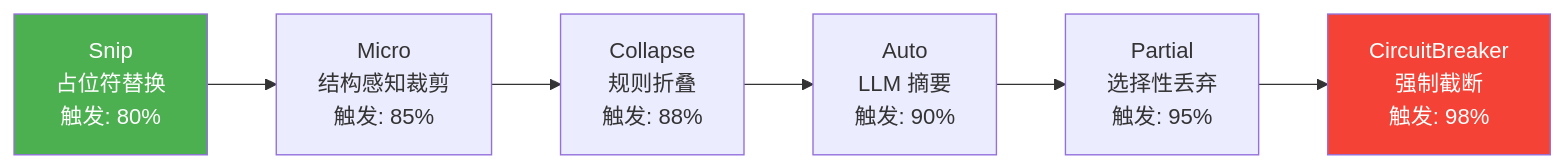
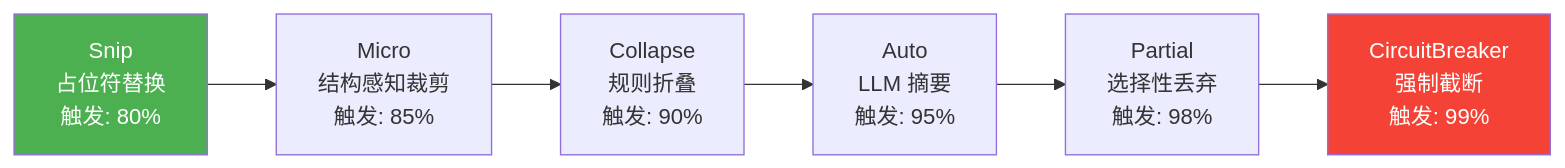
Before and after one commit to CaptainGreenskin/kairo: the second of 2 diagrams in docs/zh/ata/02-context-memory.md, drawn with Mermaid. The commit also changed other lines of this file and 8 other files, not shown here.

````diff
--- a/docs/zh/ata/02-context-memory.md
+++ b/docs/zh/ata/02-context-memory.md
@@ -104,11 +104,11 @@
 ```mermaid
 flowchart LR
     A[Snip<br/>占位符替换<br/>触发: 80%] --> B[Micro<br/>结构感知裁剪<br/>触发: 85%]
-    B --> C[Collapse<br/>规则折叠<br/>触发: 88%]
-    C --> D[Auto<br/>LLM 摘要<br/>触发: 90%]
-    D --> E[Partial<br/>选择性丢弃<br/>触发: 95%]
-    E --> F[CircuitBreaker<br/>强制截断<br/>触发: 98%]
+    B --> C[Collapse<br/>规则折叠<br/>触发: 90%]
+    C --> D[Auto<br/>LLM 摘要<br/>触发: 95%]
+    D --> E[Partial<br/>选择性丢弃<br/>触发: 98%]
+    E --> F[CircuitBreaker<br/>强制截断<br/>触发: 99%]
     
     style A fill:#4CAF50,color:#fff
     style F fill:#f44336,color:#fff
 ```
````
